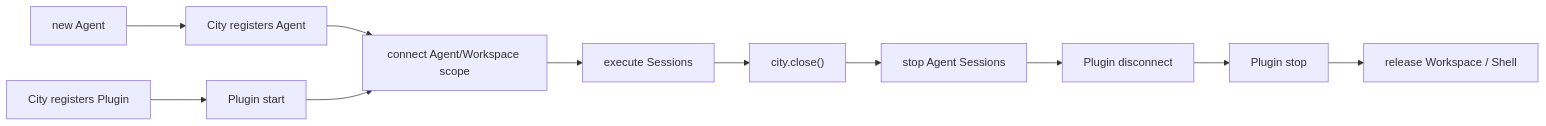
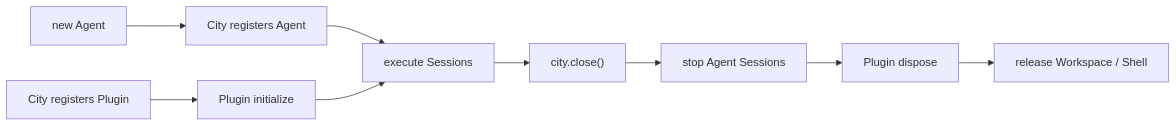
Before and after one commit to genesiscosmos/downcity: the second of 2 diagrams in homepage/content/docs/en/agent/runtime-architecture.mdx, drawn with Mermaid. The commit also changed other lines of this file and 66 other files, not shown here.

Commit message:
refactor(city): simplify plugin lifecycle

````diff
--- a/homepage/content/docs/en/agent/runtime-architecture.mdx
+++ b/homepage/content/docs/en/agent/runtime-architecture.mdx
@@ -184,13 +184,11 @@
 ```mermaid
 flowchart LR
     Agent["new Agent"] --> Register["City registers Agent"]
-    Plugin["City registers Plugin"] --> Start["Plugin start"]
-    Register --> Scope["connect Agent/Workspace scope"]
-    Start --> Scope
-    Scope --> Running["execute Sessions"]
+    Plugin["City registers Plugin"] --> Initialize["Plugin initialize"]
+    Register --> Running["execute Sessions"]
+    Initialize --> Running
     Running --> Close["city.close()"]
     Close --> Sessions["stop Agent Sessions"]
-    Sessions --> Disconnect["Plugin disconnect"]
-    Disconnect --> Stop["Plugin stop"]
-    Stop --> Workspace["release Workspace / Shell"]
+    Sessions --> Dispose["Plugin dispose"]
+    Dispose --> Workspace["release Workspace / Shell"]
 ```
````
